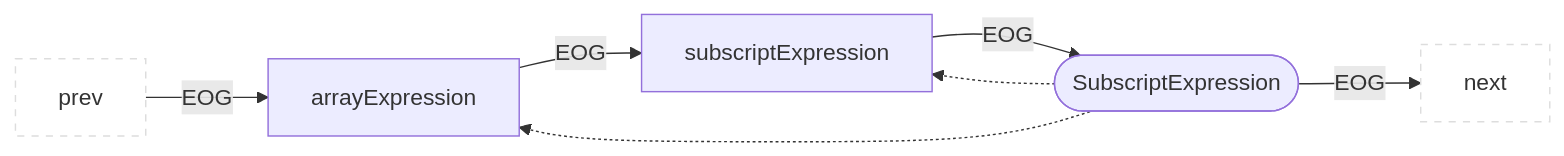
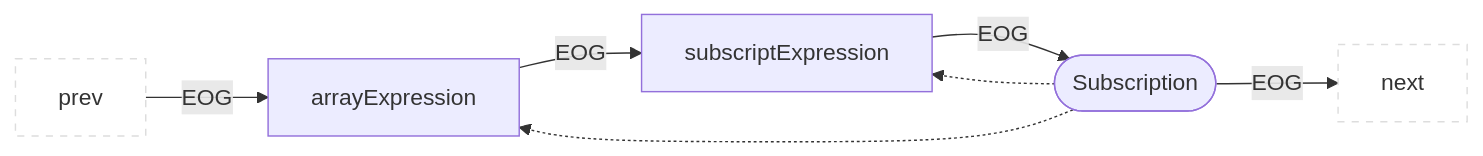
The eighth of 49 diagrams in docs/docs/CPG/specs/eog.md (Fraunhofer-AISEC/cpg), drawn with Mermaid before and after one commit. The commit also changed other lines of this file and 403 other files, not shown here.

````diff
--- a/docs/docs/CPG/specs/eog.md
+++ b/docs/docs/CPG/specs/eog.md
@@ -181,10 +181,10 @@
 ```mermaid
 flowchart LR
   classDef outer fill:#fff,stroke:#ddd,stroke-dasharray:5 5;
   prev:::outer --EOG--> child
   child --EOG--> child2["subscriptExpression"]
-  parent(["SubscriptExpression"]) --EOG--> next:::outer
+  parent(["Subscription"]) --EOG--> next:::outer
   parent -.-> child["arrayExpression"]
   parent -.-> child2
   child2 --EOG--> parent
 ```
````
